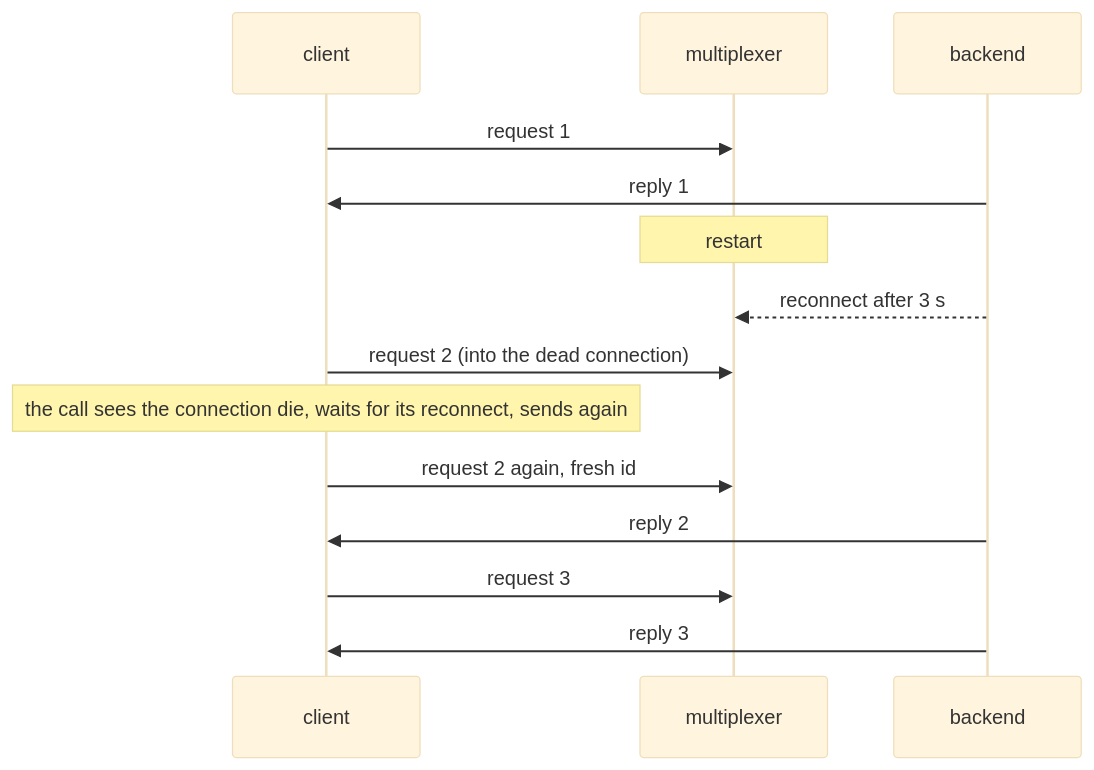
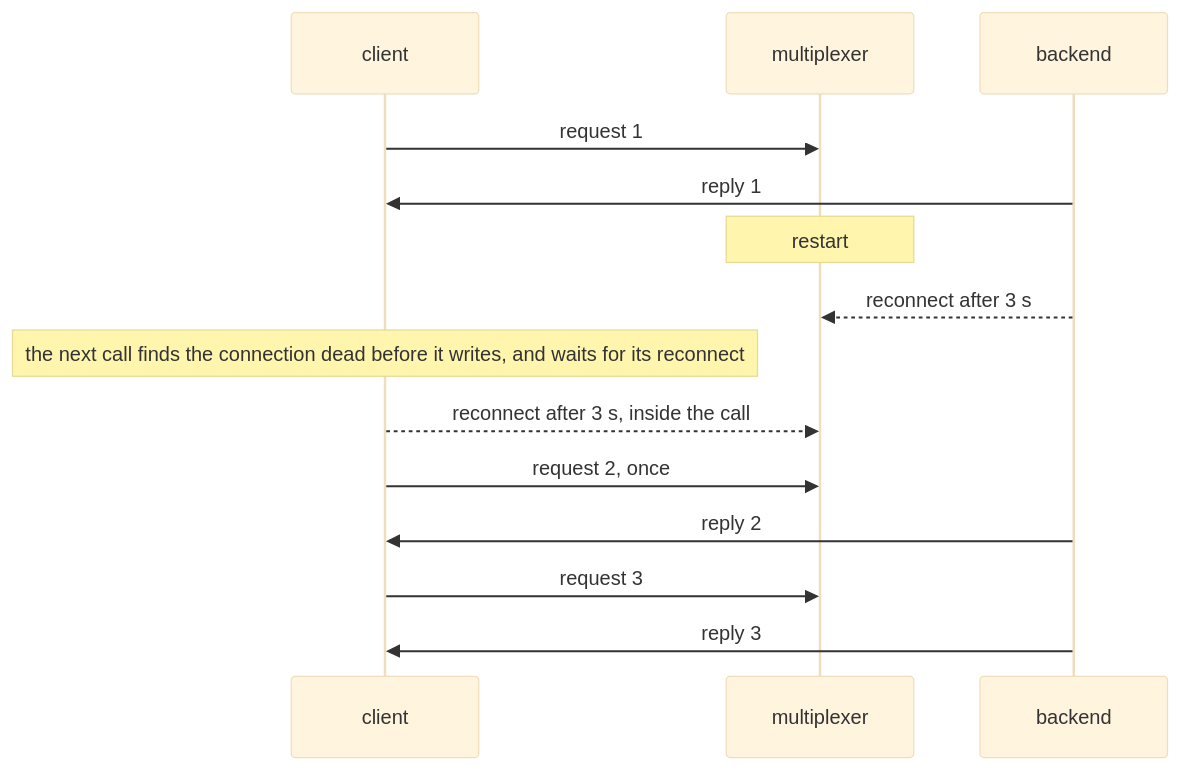
Before and after one commit to kulewski/multiplexer: the diagram in tests/scenarios/mx_restarts/README.md, drawn with Mermaid (base theme). The commit also changed other lines of this file and 77 other files, not shown here.

First line of the commit message:
Clients and servers: a query's request sent at most twice and read by one table, the whole MultiplexerMessage, every server connected to every multiplexer at once, an AsyncClient whose loop has closed

````diff
--- a/tests/scenarios/mx_restarts/README.md
+++ b/tests/scenarios/mx_restarts/README.md
@@ -12,16 +12,16 @@
 ```mermaid
 sequenceDiagram
     participant C as client
     participant M as multiplexer
     participant B as backend
     C->>M: request 1
     B->>C: reply 1
     Note over M: restart
     B-->>M: reconnect after 3 s
-    C->>M: request 2 (into the dead connection)
-    Note over C: the call sees the connection die, waits for its reconnect, sends again
-    C->>M: request 2 again, fresh id
+    Note over C: the next call finds the connection dead before it writes, and waits for its reconnect
+    C-->>M: reconnect after 3 s, inside the call
+    C->>M: request 2, once
     B->>C: reply 2
     C->>M: request 3
     B->>C: reply 3
 ```
````
